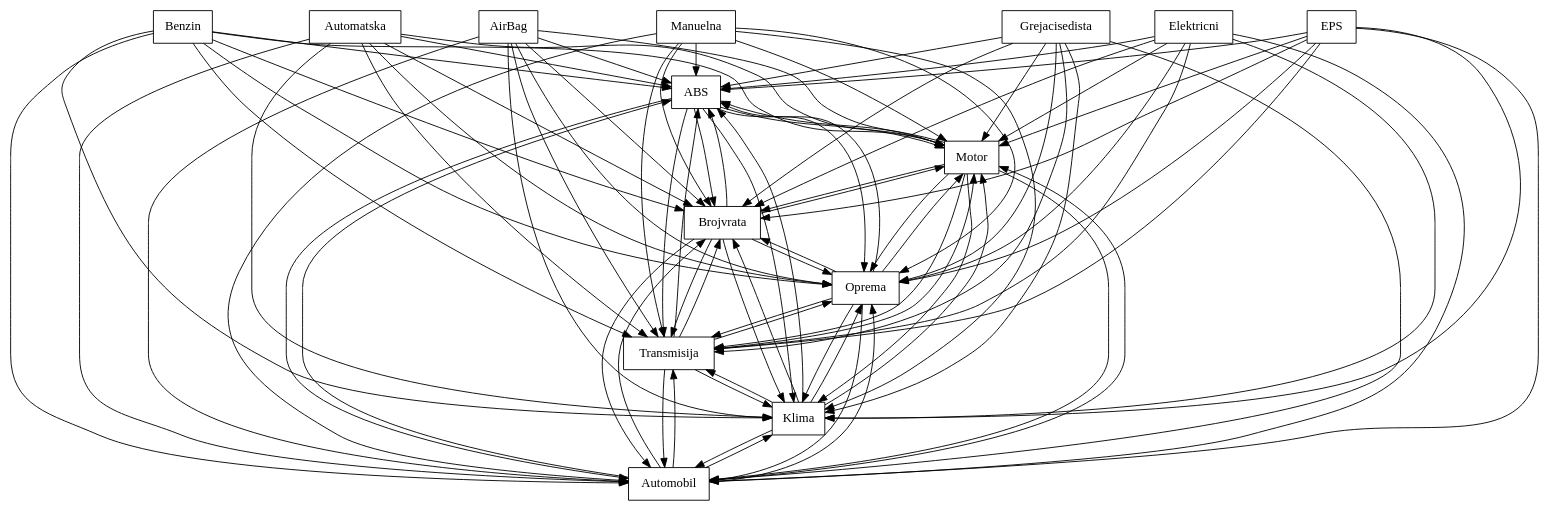
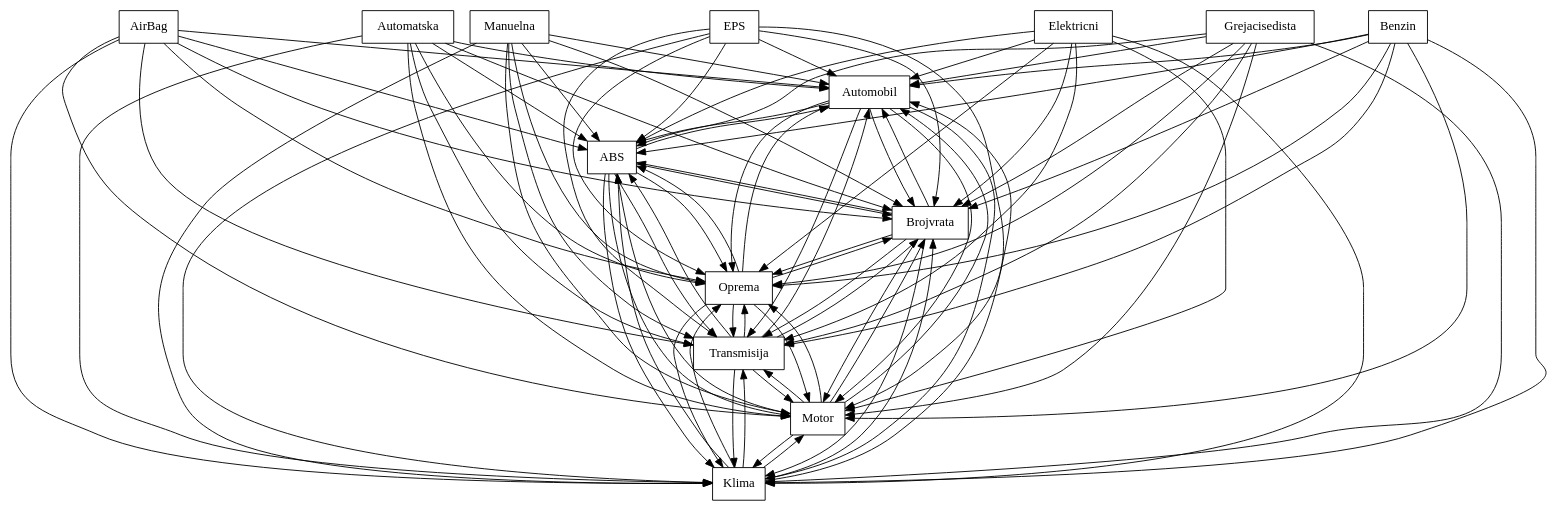
The diagram in FAMILIAR/output/SPLOT-big/fm_166_model_20120513_373795895.xml.dot (FAMILIAR-project/familiar-language), drawn with Graphviz before and after one commit. The commit also changed 46 other files, not shown here.

```diff
--- a/FAMILIAR/output/SPLOT-big/fm_166_model_20120513_373795895.xml.dot
+++ b/FAMILIAR/output/SPLOT-big/fm_166_model_20120513_373795895.xml.dot
@@ -1,110 +1,110 @@
 digraph{
 graph [rankdir=TB];
 node [shape=box];
 edge [arrowhead=normal];
-0[label="ABS",]
-1[label="Automatska",]
-2[label="Manuelna",]
-3[label="Motor",]
-4[label="Benzin",]
-5[label="Automobil",]
-6[label="Klima",]
-7[label="EPS",]
-8[label="AirBag",]
+0[label="Automobil",]
+1[label="ABS",]
+2[label="Klima",]
+3[label="EPS",]
+4[label="AirBag",]
+5[label="Automatska",]
+6[label="Manuelna",]
+7[label="Motor",]
+8[label="Transmisija",]
 9[label="Grejacisedista",]
-10[label="Transmisija",]
+10[label="Benzin",]
 11[label="Oprema",]
 12[label="Brojvrata",]
 13[label="Elektricni",]
-0->3[label="",]
-0->5[label="",]
-0->6[label="",]
-0->10[label="",]
+0->1[label="",]
+0->2[label="",]
+0->7[label="",]
+0->8[label="",]
 0->11[label="",]
 0->12[label="",]
 1->0[label="",]
-1->3[label="",]
-1->5[label="",]
-1->6[label="",]
-1->10[label="",]
+1->2[label="",]
+1->7[label="",]
+1->8[label="",]
 1->11[label="",]
 1->12[label="",]
 2->0[label="",]
-2->3[label="",]
-2->5[label="",]
-2->6[label="",]
-2->10[label="",]
+2->1[label="",]
+2->7[label="",]
+2->8[label="",]
 2->11[label="",]
 2->12[label="",]
 3->0[label="",]
-3->5[label="",]
-3->6[label="",]
-3->10[label="",]
+3->1[label="",]
+3->2[label="",]
+3->7[label="",]
+3->8[label="",]
 3->11[label="",]
 3->12[label="",]
 4->0[label="",]
-4->3[label="",]
-4->5[label="",]
-4->6[label="",]
-4->10[label="",]
+4->1[label="",]
+4->2[label="",]
+4->7[label="",]
+4->8[label="",]
 4->11[label="",]
 4->12[label="",]
 5->0[label="",]
-5->3[label="",]
-5->6[label="",]
-5->10[label="",]
+5->1[label="",]
+5->2[label="",]
+5->7[label="",]
+5->8[label="",]
 5->11[label="",]
 5->12[label="",]
 6->0[label="",]
-6->3[label="",]
-6->5[label="",]
-6->10[label="",]
+6->1[label="",]
+6->2[label="",]
+6->7[label="",]
+6->8[label="",]
 6->11[label="",]
 6->12[label="",]
 7->0[label="",]
-7->3[label="",]
-7->5[label="",]
-7->6[label="",]
-7->10[label="",]
+7->1[label="",]
+7->2[label="",]
+7->8[label="",]
 7->11[label="",]
 7->12[label="",]
 8->0[label="",]
-8->3[label="",]
-8->5[label="",]
-8->6[label="",]
-8->10[label="",]
+8->1[label="",]
+8->2[label="",]
+8->7[label="",]
 8->11[label="",]
 8->12[label="",]
 9->0[label="",]
-9->3[label="",]
-9->5[label="",]
-9->6[label="",]
-9->10[label="",]
+9->1[label="",]
+9->2[label="",]
+9->7[label="",]
+9->8[label="",]
 9->11[label="",]
 9->12[label="",]
 10->0[label="",]
-10->3[label="",]
-10->5[label="",]
-10->6[label="",]
+10->1[label="",]
+10->2[label="",]
+10->7[label="",]
+10->8[label="",]
 10->11[label="",]
 10->12[label="",]
 11->0[label="",]
-11->3[label="",]
-11->5[label="",]
-11->6[label="",]
-11->10[label="",]
+11->1[label="",]
+11->2[label="",]
+11->7[label="",]
+11->8[label="",]
 11->12[label="",]
 12->0[label="",]
-12->3[label="",]
-12->5[label="",]
-12->6[label="",]
-12->10[label="",]
+12->1[label="",]
+12->2[label="",]
+12->7[label="",]
+12->8[label="",]
 12->11[label="",]
 13->0[label="",]
-13->3[label="",]
-13->5[label="",]
-13->6[label="",]
-13->10[label="",]
+13->1[label="",]
+13->2[label="",]
+13->7[label="",]
+13->8[label="",]
 13->11[label="",]
 13->12[label="",]
 }
```
